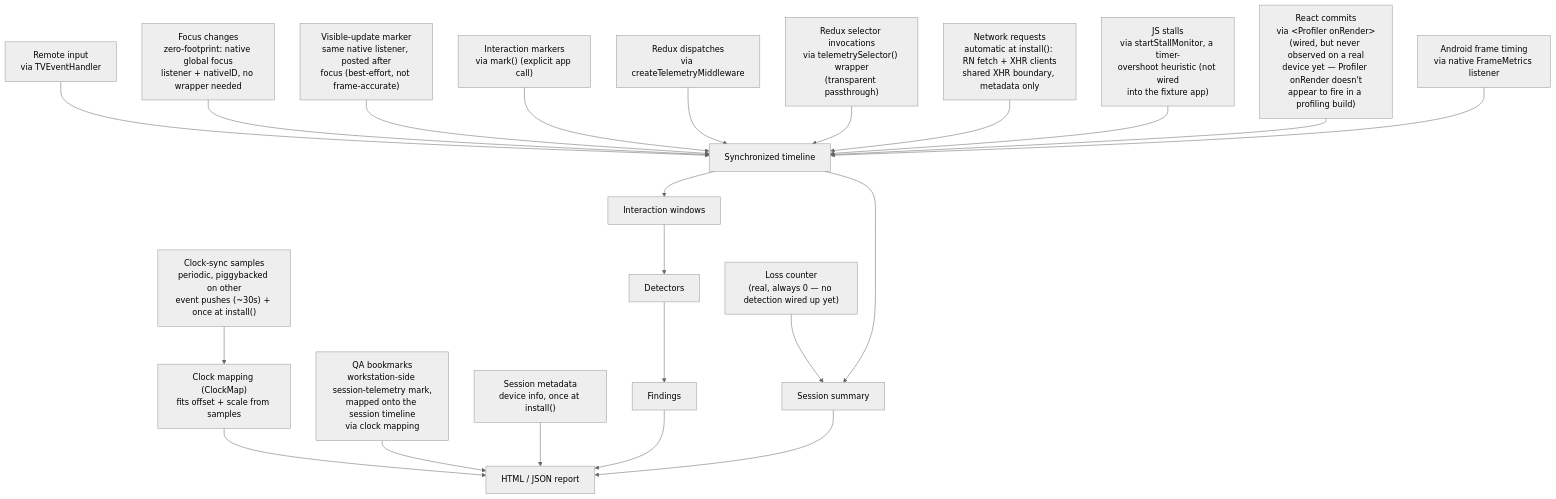
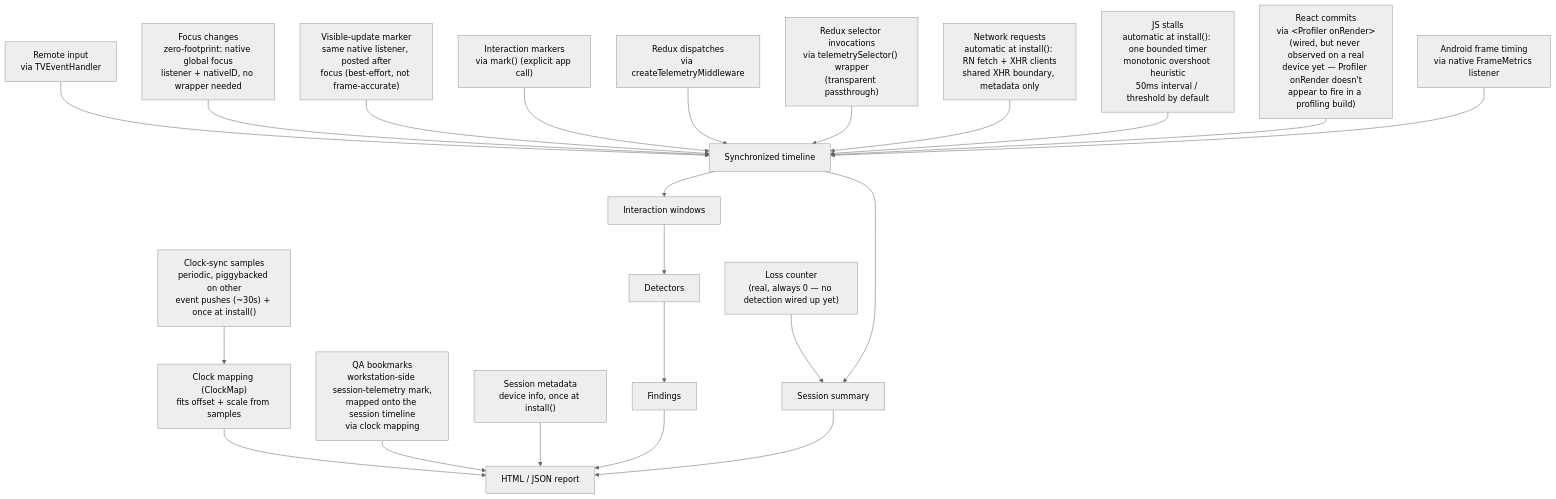
The diagram in diagrams/signals.mmd (undrafted/rn-android-tv-session-telemetry), drawn with Mermaid before and after one commit. The commit also changed 10 other files, not shown here.

Commit message:
Suggested commit: Enable automatic JS stall monitoring at startup

```diff
--- a/diagrams/signals.mmd
+++ b/diagrams/signals.mmd
@@ -1,27 +1,27 @@
 %%{init: {"theme": "neutral"}}%%
 %% Full per-signal detail (capture mechanism, which detector consumes it, exact thresholds):
 %% see ../docs/measurement-semantics.md
 flowchart TD
     RemoteInput["Remote input<br/>via TVEventHandler"] --> Timeline["Synchronized timeline"]
     Focus["Focus changes<br/>zero-footprint: native global focus<br/>listener + nativeID, no wrapper needed"] --> Timeline
     VisibleUpdate["Visible-update marker<br/>same native listener, posted after<br/>focus (best-effort, not frame-accurate)"] --> Timeline
     InteractionMarker["Interaction markers<br/>via mark() (explicit app call)"] --> Timeline
     Redux["Redux dispatches<br/>via createTelemetryMiddleware"] --> Timeline
     Selector["Redux selector invocations<br/>via telemetrySelector() wrapper<br/>(transparent passthrough)"] --> Timeline
     Network["Network requests<br/>automatic at install(): RN fetch + XHR clients<br/>shared XHR boundary, metadata only"] --> Timeline
-    JSStall["JS stalls<br/>via startStallMonitor, a timer-<br/>overshoot heuristic (not wired<br/>into the fixture app)"] --> Timeline
+    JSStall["JS stalls<br/>automatic at install(): one bounded timer<br/>monotonic overshoot heuristic<br/>50ms interval / threshold by default"] --> Timeline
     ReactCommit["React commits<br/>via &lt;Profiler onRender&gt;<br/>(wired, but never observed on a real<br/>device yet — Profiler onRender doesn't<br/>appear to fire in a profiling build)"] --> Timeline
     FrameTiming["Android frame timing<br/>via native FrameMetrics listener"] --> Timeline
 
     ClockSync["Clock-sync samples<br/>periodic, piggybacked on other<br/>event pushes (~30s) + once at install()"] --> ClockMapping["Clock mapping (ClockMap)<br/>fits offset + scale from samples"]
     ClockMapping --> ReportOut
     Bookmarks["QA bookmarks<br/>workstation-side session-telemetry mark,<br/>mapped onto the session timeline<br/>via clock mapping"] --> ReportOut
     SessionMeta["Session metadata<br/>device info, once at install()"] --> ReportOut
     LossCount["Loss counter<br/>(real, always 0 — no detection wired up yet)"] --> Summary
 
     Timeline --> Windows["Interaction windows"]
     Timeline --> Summary["Session summary"]
     Windows --> Detectors["Detectors"]
     Detectors --> Findings["Findings"]
     Findings --> ReportOut["HTML / JSON report"]
     Summary --> ReportOut
```
